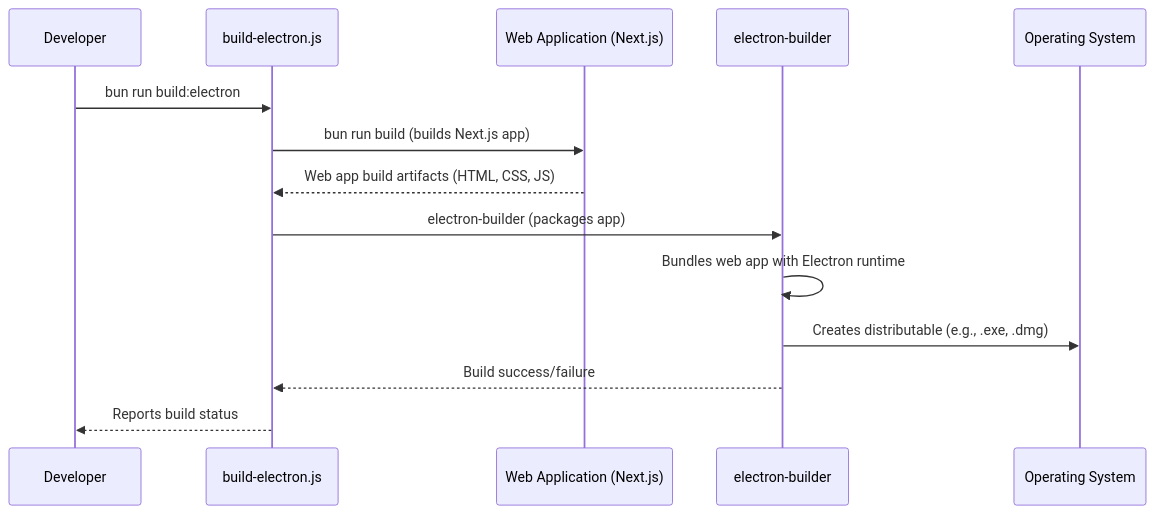
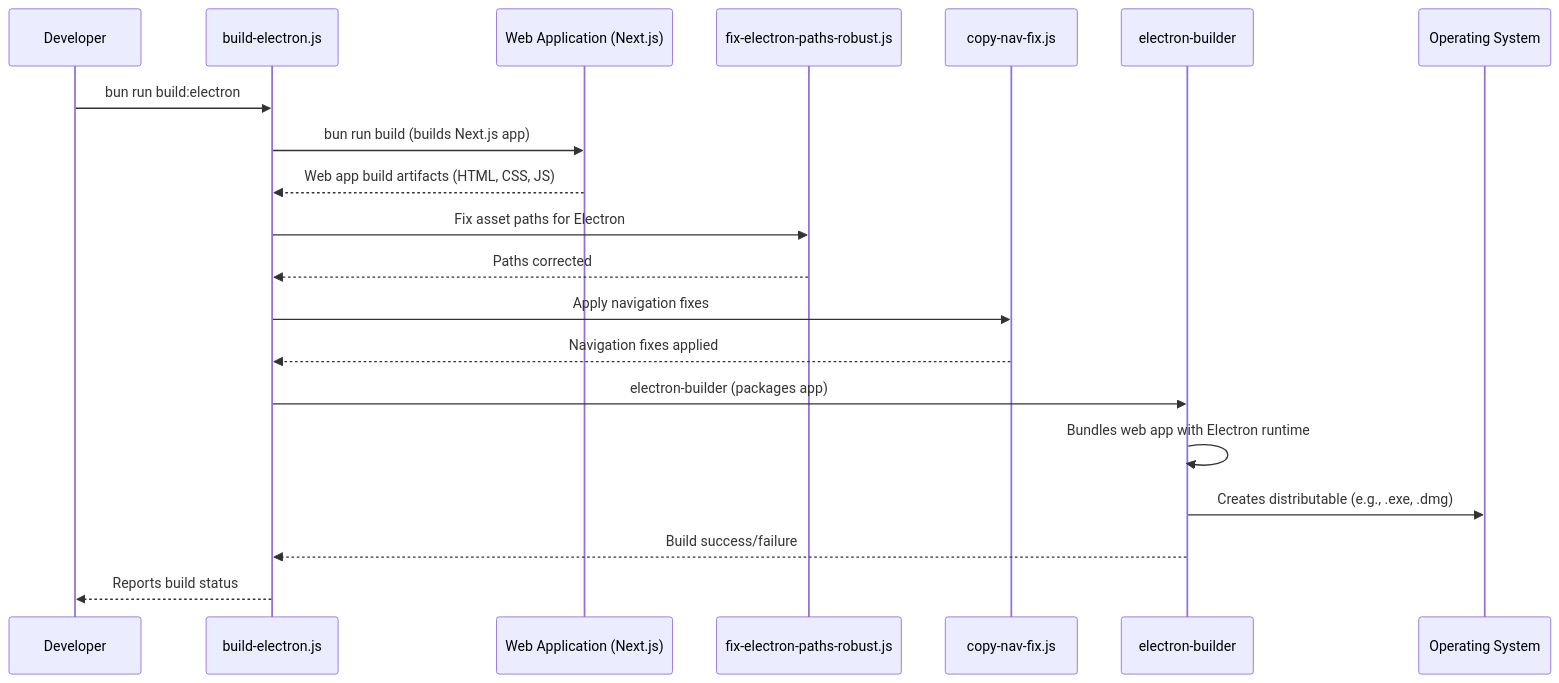
Before and after one commit to mazeincoding/AppCut: the second of 4 diagrams in docs/technical/development/scripts_documentation.md, drawn with Mermaid. The commit also changed other lines of this file and 3 other files, not shown here.

````diff
--- a/docs/technical/development/scripts_documentation.md
+++ b/docs/technical/development/scripts_documentation.md
@@ -11,17 +40,23 @@
 ```mermaid
 sequenceDiagram
     participant Dev as Developer
     participant BuildScript as build-electron.js
     participant WebApp as Web Application (Next.js)
+    participant PathFix as fix-electron-paths-robust.js
+    participant NavFix as copy-nav-fix.js
     participant ElectronBuilder as electron-builder
     participant OS as Operating System
 
     Dev->>BuildScript: bun run build:electron
     BuildScript->>WebApp: bun run build (builds Next.js app)
     WebApp-->>BuildScript: Web app build artifacts (HTML, CSS, JS)
+    BuildScript->>PathFix: Fix asset paths for Electron
+    PathFix-->>BuildScript: Paths corrected
+    BuildScript->>NavFix: Apply navigation fixes
+    NavFix-->>BuildScript: Navigation fixes applied
     BuildScript->>ElectronBuilder: electron-builder (packages app)
     ElectronBuilder->>ElectronBuilder: Bundles web app with Electron runtime
     ElectronBuilder->>OS: Creates distributable (e.g., .exe, .dmg)
     ElectronBuilder-->>BuildScript: Build success/failure
     BuildScript-->>Dev: Reports build status
 ```
````
